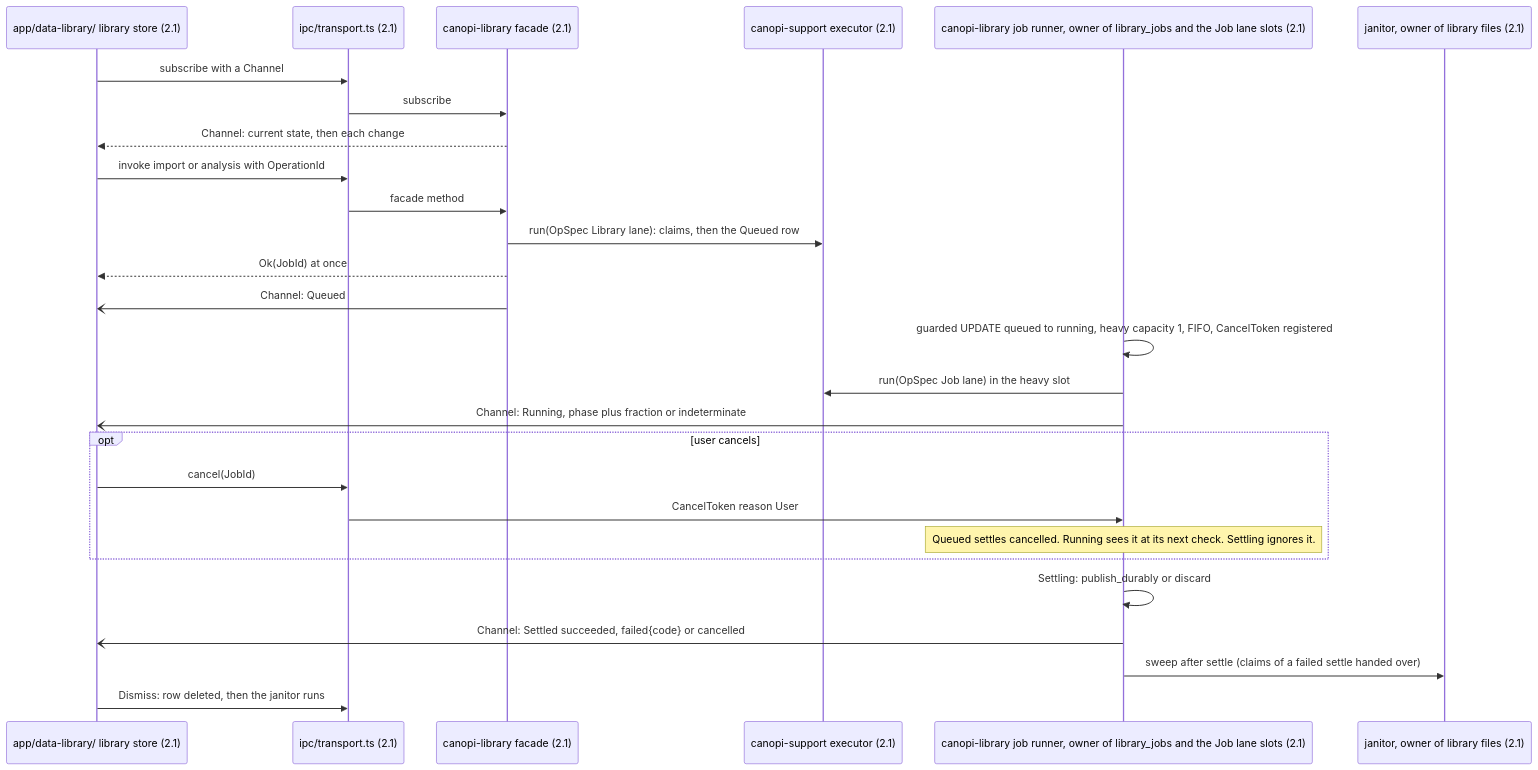
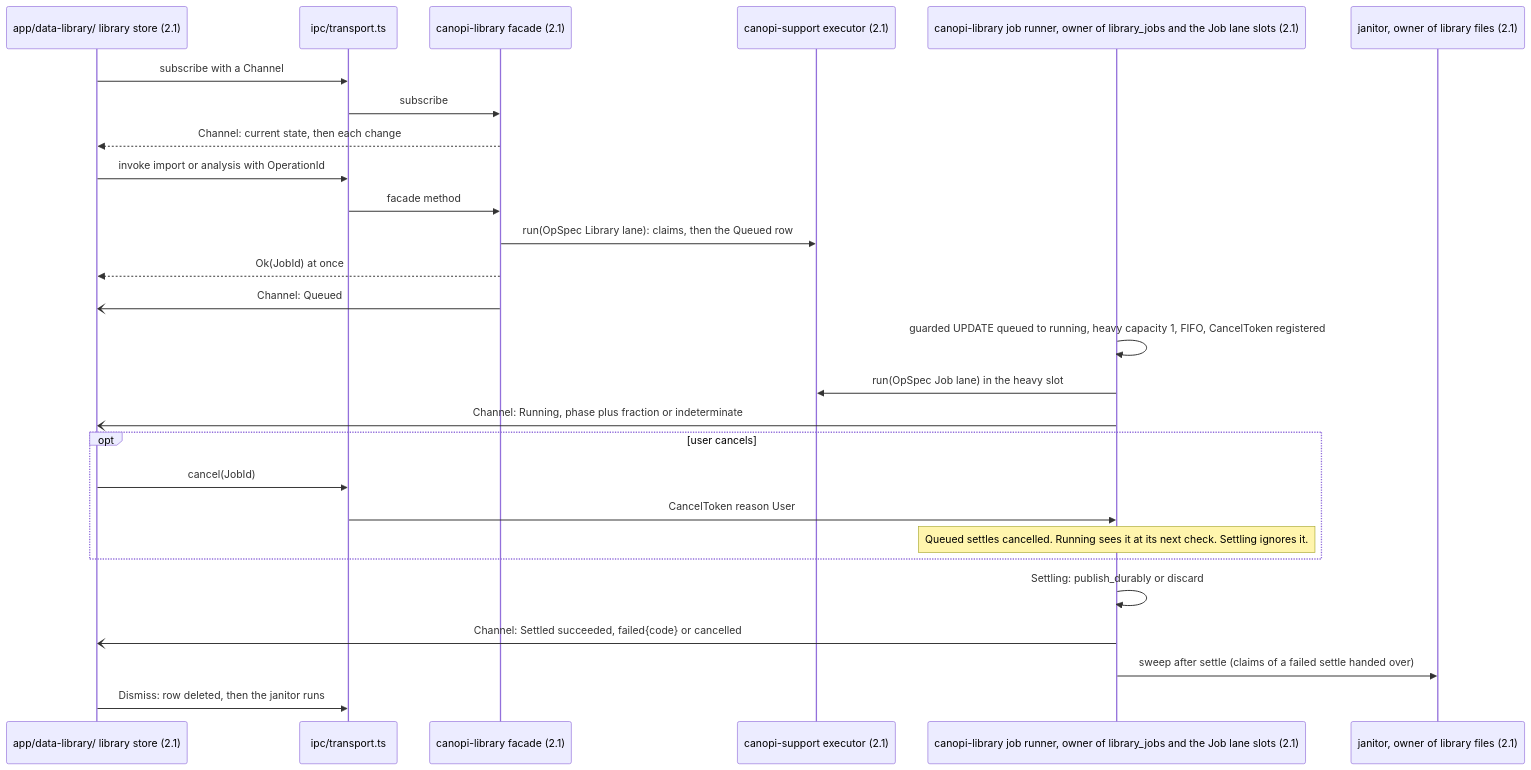
One commit to opencanopi/canopi changed the first of 7 diagrams in docs/architecture/flows-services.md. Above: the diagram before and after it, drawn with Mermaid. The commit also changed other lines of this file and 11 other files, not shown here.

````diff
--- a/docs/architecture/flows-services.md
+++ b/docs/architecture/flows-services.md
@@ -10,29 +10,29 @@
 ```mermaid
 sequenceDiagram
   participant UI as app/data-library/ library store (2.1)
-  participant IPC as ipc/transport.ts (2.1)
+  participant IPC as ipc/transport.ts
   participant F as canopi-library facade (2.1)
   participant EX as canopi-support executor (2.1)
   participant R as canopi-library job runner, owner of library_jobs and the Job lane slots (2.1)
   participant J as janitor, owner of library files (2.1)
   UI->>IPC: subscribe with a Channel
   IPC->>F: subscribe
   F-->>UI: Channel: current state, then each change
   UI->>IPC: invoke import or analysis with OperationId
   IPC->>F: facade method
   F->>EX: run(OpSpec Library lane): claims, then the Queued row
   F-->>UI: Ok(JobId) at once
   F-)UI: Channel: Queued
   R->>R: guarded UPDATE queued to running, heavy capacity 1, FIFO, CancelToken registered
   R->>EX: run(OpSpec Job lane) in the heavy slot
   R-)UI: Channel: Running, phase plus fraction or indeterminate
   opt user cancels
     UI->>IPC: cancel(JobId)
     IPC->>R: CancelToken reason User
     Note over R: Queued settles cancelled. Running sees it at its next check. Settling ignores it.
   end
   R->>R: Settling: publish_durably or discard
   R-)UI: Channel: Settled succeeded, failed{code} or cancelled
   R->>J: sweep after settle (claims of a failed settle handed over)
   UI->>IPC: Dismiss: row deleted, then the janitor runs
 ```
````
